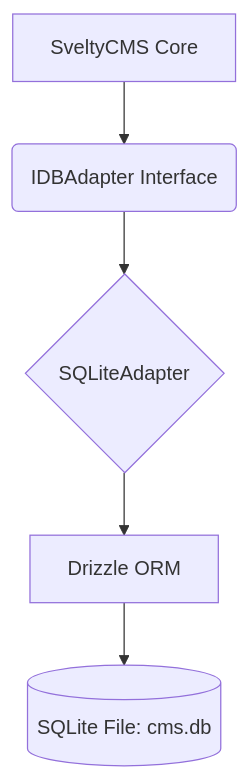
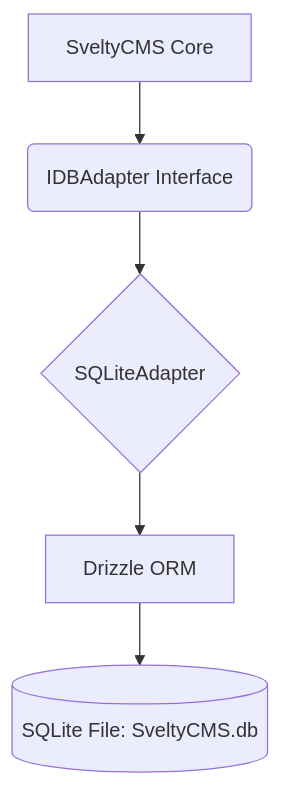
Before and after one commit to SveltyCMS/SveltyCMS: the diagram in docs/database/sqlite-implementation.mdx, drawn with Mermaid. The commit also changed other lines of this file and 301 other files, not shown here.

Commit message:
feat: Initialize SveltyCMS project with core application structure, database modules, UI components, widgets, and documentation, alongside a README update.

````diff
--- a/docs/database/sqlite-implementation.mdx
+++ b/docs/database/sqlite-implementation.mdx
@@ -28,7 +27,7 @@
 ```mermaid
 graph TD
     A[SveltyCMS Core] --> B(IDBAdapter Interface)
     B --> C{SQLiteAdapter}
     C --> D[Drizzle ORM]
-    D --> E[(SQLite File: cms.db)]
+    D --> E[(SQLite File: SveltyCMS.db)]
 ```
````
